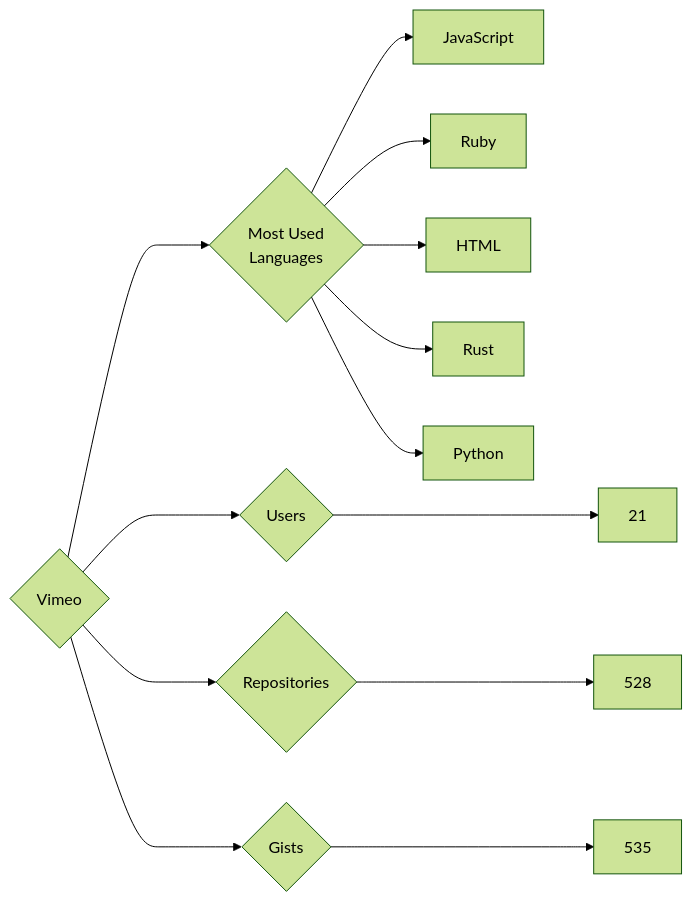
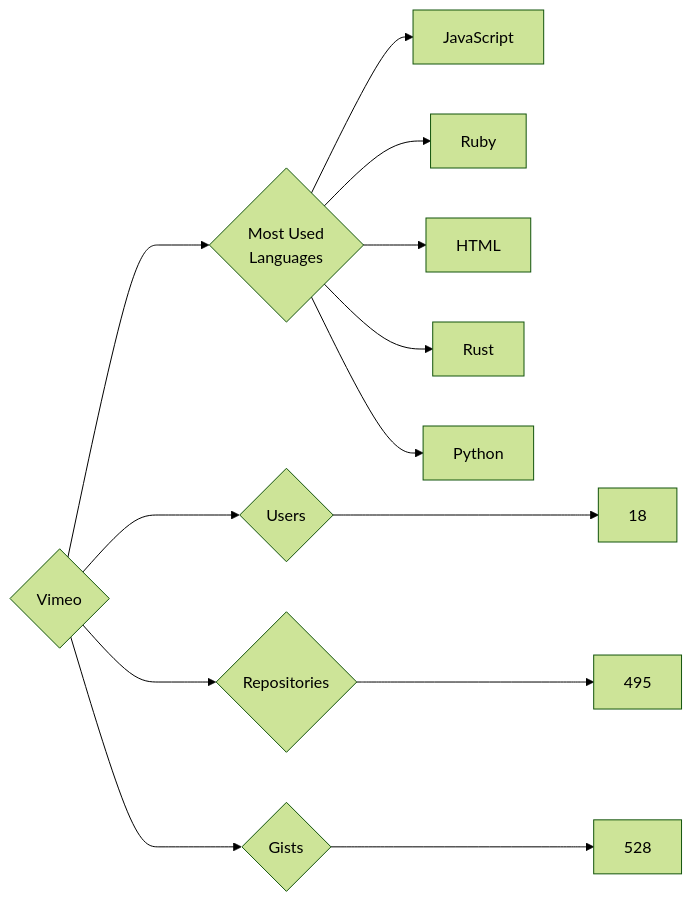
Before and after one commit to trickest/insiders: the diagram in targets/Vimeo/README.md, drawn with Mermaid (forest theme). The commit also changed 773 other files, not shown here.

````diff
--- a/targets/Vimeo/README.md
+++ b/targets/Vimeo/README.md
@@ -3,13 +3,13 @@
 ```mermaid
 graph LR
 COMPANY_NAME{Vimeo}
-COMPANY_NAME ---> U{Users} ---> UN[21]
-COMPANY_NAME ---> R{Repositories} ---> RN[528]
-COMPANY_NAME ---> G{Gists} ---> GN[535]
+COMPANY_NAME ---> U{Users} ---> UN[18]
+COMPANY_NAME ---> R{Repositories} ---> RN[495]
+COMPANY_NAME ---> G{Gists} ---> GN[528]
 COMPANY_NAME ---> ML{Most Used<br>Languages}
 ML --> JavaScript[JavaScript]
 ML --> Ruby[Ruby]
 ML --> HTML[HTML]
 ML --> Rust[Rust]
 ML --> Python[Python]
 ```
````
